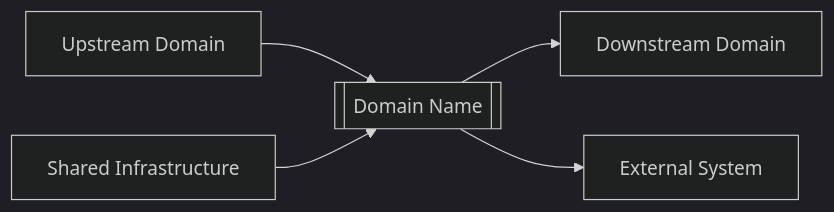
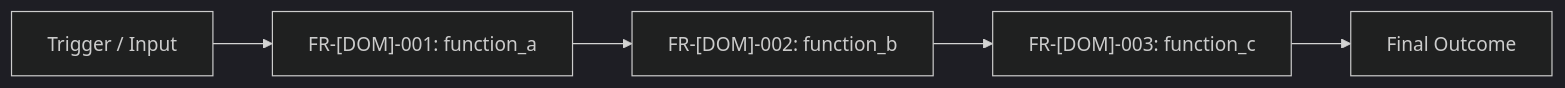
One commit to haruperi/HaruQuantAI changed the third of 4 diagrams in docs/templates/README.md. Above: the diagram before and after it, drawn with Mermaid (dark theme). The commit also changed other lines of this file and 49 other files, not shown here.

````diff
--- a/docs/templates/README.md
+++ b/docs/templates/README.md
@@ -41,7 +185,13 @@
 ```mermaid
 flowchart LR
-    A[Upstream Domain] --> B[[Domain Name]]
-    B --> C[Downstream Domain]
-    B --> D[External System]
-    E[Shared Infrastructure] --> B
+    A[Trigger / Input]
+    B["FR-[DOM]-001: function_a"]
+    C["FR-[DOM]-002: function_b"]
+    D["FR-[DOM]-003: function_c"]
+    E[Final Outcome]
+
+    A --> B
+    B --> C
+    C --> D
+    D --> E
 ```
````
